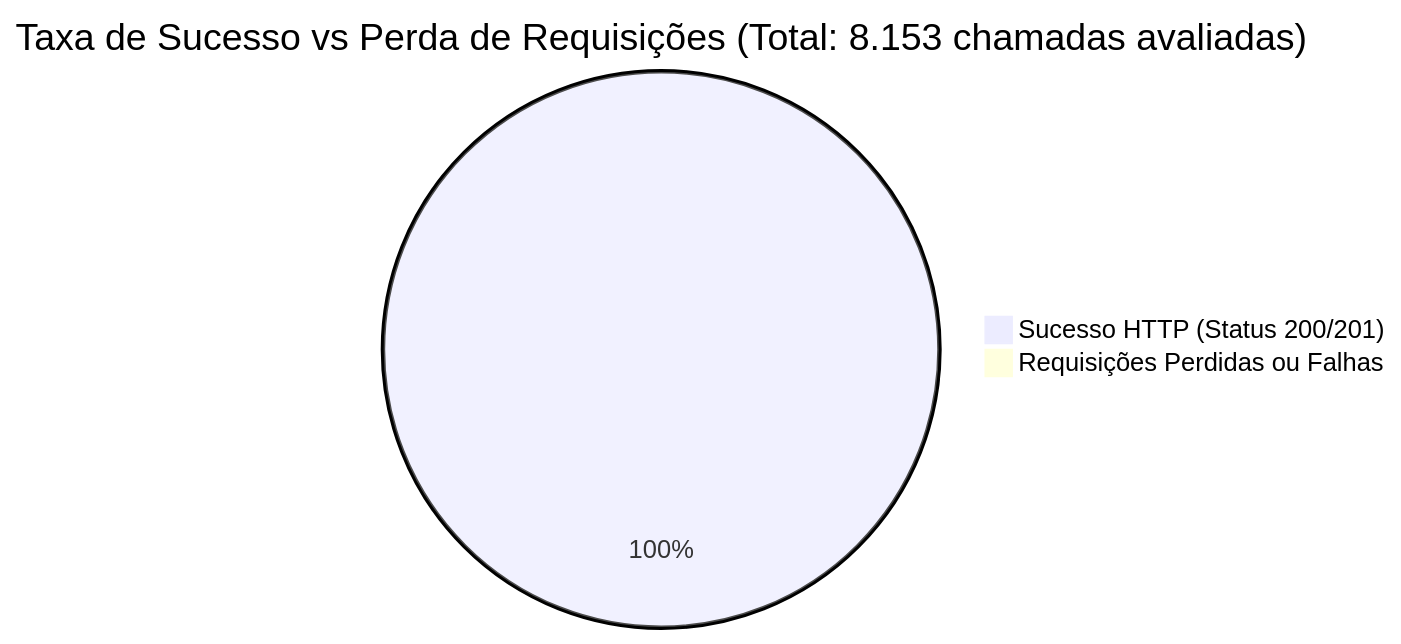
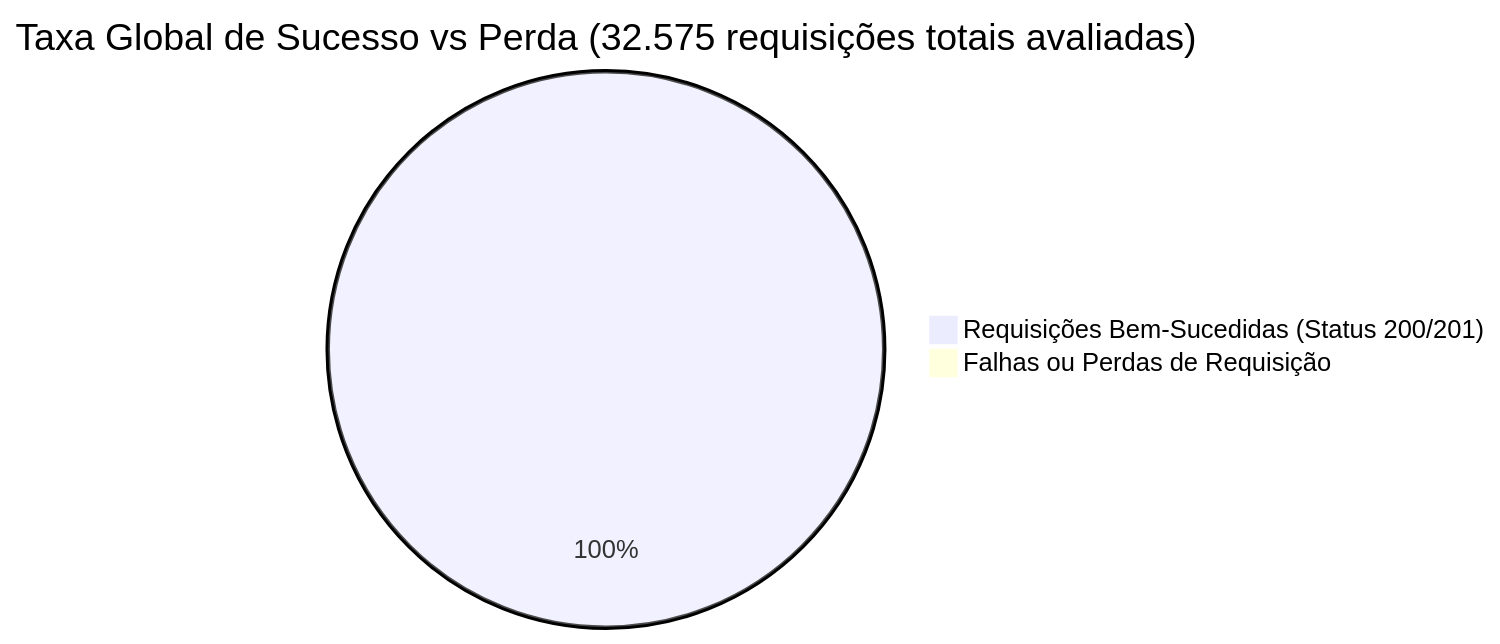
One commit to tetri/cashflow-solution changed the third of 4 diagrams in docs/RELATORIO_ESTRESSE_BENCHMARK.md. Above: the diagram before and after it, drawn with Mermaid. The commit also changed other lines of this file and 3 other files, not shown here.

````diff
--- a/docs/RELATORIO_ESTRESSE_BENCHMARK.md
+++ b/docs/RELATORIO_ESTRESSE_BENCHMARK.md
@@ -93,5 +120,5 @@
 ```mermaid
-pie title Taxa de Sucesso vs Perda de Requisições (Total: 8.153 chamadas avaliadas)
-    "Sucesso HTTP (Status 200/201)" : 8153
-    "Requisições Perdidas ou Falhas" : 0
+pie title Taxa Global de Sucesso vs Perda (32.575 requisições totais avaliadas)
+    "Requisições Bem-Sucedidas (Status 200/201)" : 32575
+    "Falhas ou Perdas de Requisição" : 0
 ```
````
